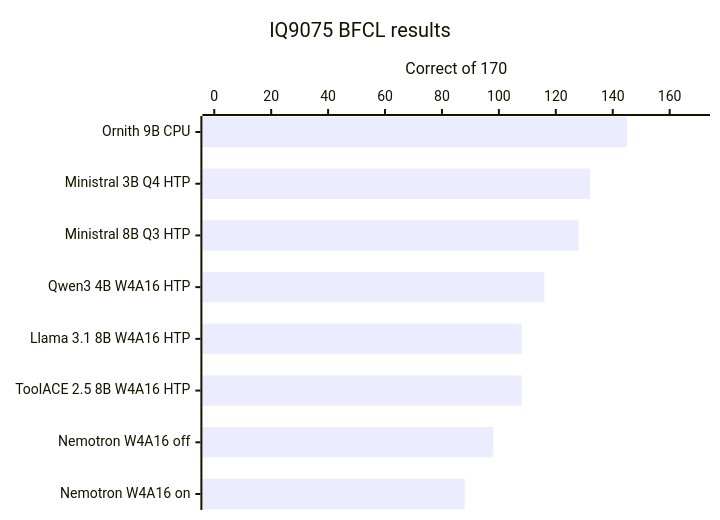
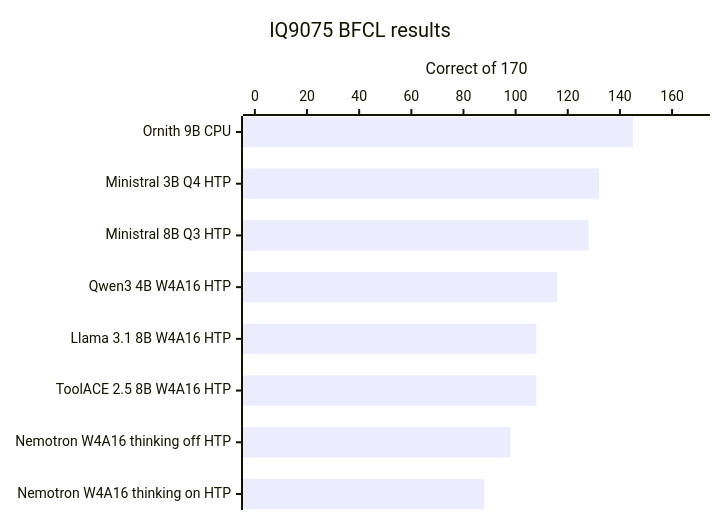
Before and after one commit to eivholt/qai-nemotron: the fourth of 4 diagrams in tutorial_agentic_models_iq9075.md, drawn with Mermaid. The commit also changed other lines of this file, not shown here.

````diff
--- a/tutorial_agentic_models_iq9075.md
+++ b/tutorial_agentic_models_iq9075.md
@@ -145,7 +147,7 @@
 ```mermaid
 xychart horizontal
     title "IQ9075 BFCL results"
-    x-axis ["Ornith 9B CPU", "Ministral 3B Q4 HTP", "Ministral 8B Q3 HTP", "Qwen3 4B W4A16 HTP", "Llama 3.1 8B W4A16 HTP", "ToolACE 2.5 8B W4A16 HTP", "Nemotron W4A16 off", "Nemotron W4A16 on"]
+    x-axis ["Ornith 9B CPU", "Ministral 3B Q4 HTP", "Ministral 8B Q3 HTP", "Qwen3 4B W4A16 HTP", "Llama 3.1 8B W4A16 HTP", "ToolACE 2.5 8B W4A16 HTP", "Nemotron W4A16 thinking off HTP", "Nemotron W4A16 thinking on HTP"]
     y-axis "Correct of 170" 0 --> 170
     bar [145, 132, 128, 116, 108, 108, 98, 88]
 ```
````
